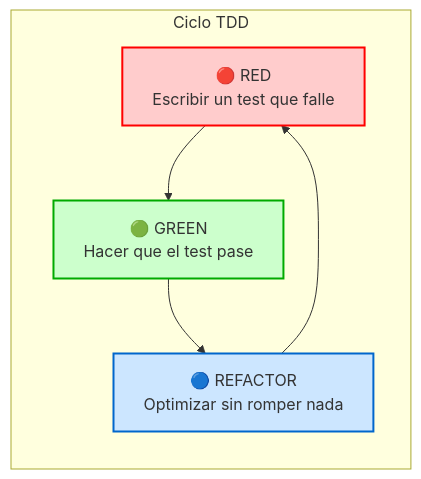
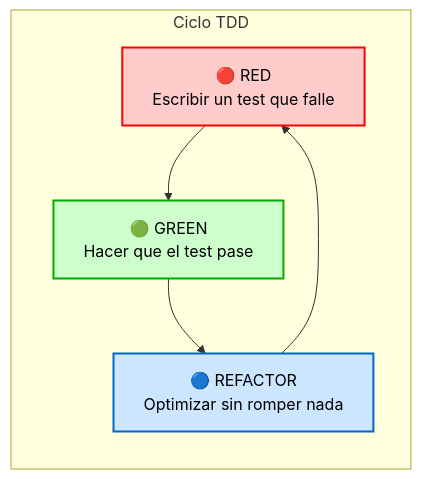
One commit to xamuelromeroitsu/instituto_sitio_uno changed the diagram in README_METODOLOGIA.md. Above: the diagram before and after it, drawn with Mermaid.

````diff
--- a/README_METODOLOGIA.md
+++ b/README_METODOLOGIA.md
@@ -39,12 +39,12 @@
 ```mermaid
 graph LR
     subgraph Ciclo TDD
     A[🔴 RED<br>Escribir un test que falle] --> B[🟢 GREEN<br>Hacer que el test pase]
     B --> C[🔵 REFACTOR<br>Optimizar sin romper nada]
     C --> A
     end
 
-    style A fill:#ffcccc,stroke:#ff0000,stroke-width:2px;
-    style B fill:#ccffcc,stroke:#00aa00,stroke-width:2px;
-    style C fill:#cce6ff,stroke:#0066cc,stroke-width:2px;
+    style A fill:#ffcccc,stroke:#ff0000,stroke-width:2px,color:#000000;
+    style B fill:#ccffcc,stroke:#00aa00,stroke-width:2px,color:#000000;
+    style C fill:#cce6ff,stroke:#0066cc,stroke-width:2px,color:#000000;
 ```
````
